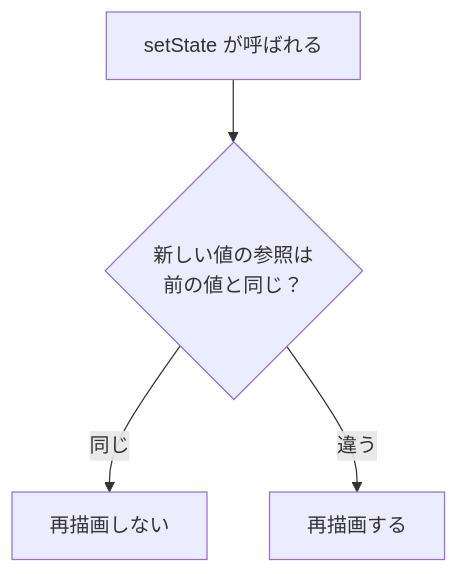
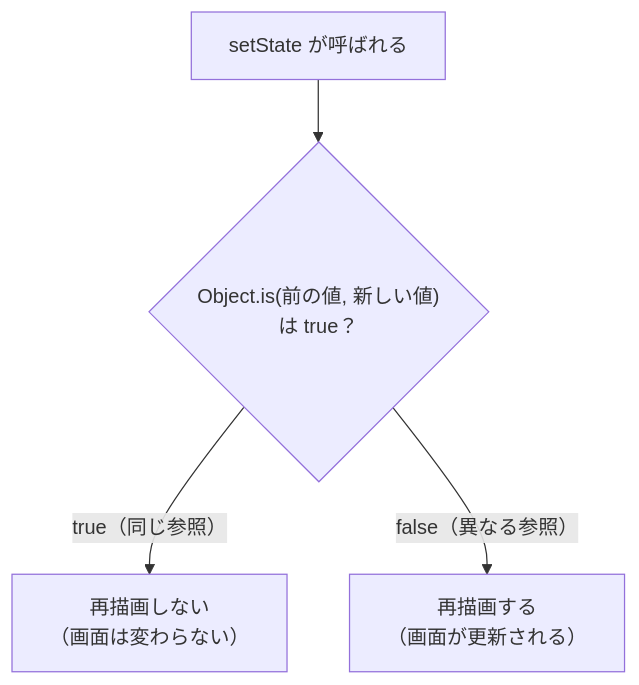
The sixth of 8 diagrams in docs/drafts/008/index.md (ozaki25/web-front-training-ozaki25), drawn with Mermaid before and after one commit. The commit also changed other lines of this file, not shown here.

First line of the commit message:
イミュータビリティレッスンをレビュー: 共感導入、比較図追加、Object.is説明、React表追加

````diff
--- a/docs/drafts/008/index.md
+++ b/docs/drafts/008/index.md
@@ -224,11 +240,11 @@
 ```mermaid
 flowchart TD
   setState["setState が呼ばれる"]
-  check{"新しい値の参照は\n前の値と同じ？"}
-  skip["再描画しない"]
-  render["再描画する"]
+  check{"Object.is(前の値, 新しい値)\nは true？"}
+  skip["再描画しない\n（画面は変わらない）"]
+  render["再描画する\n（画面が更新される）"]
 
   setState --> check
-  check -->|同じ| skip
-  check -->|違う| render
+  check -->|"true（同じ参照）"| skip
+  check -->|"false（異なる参照）"| render
 ```
````
